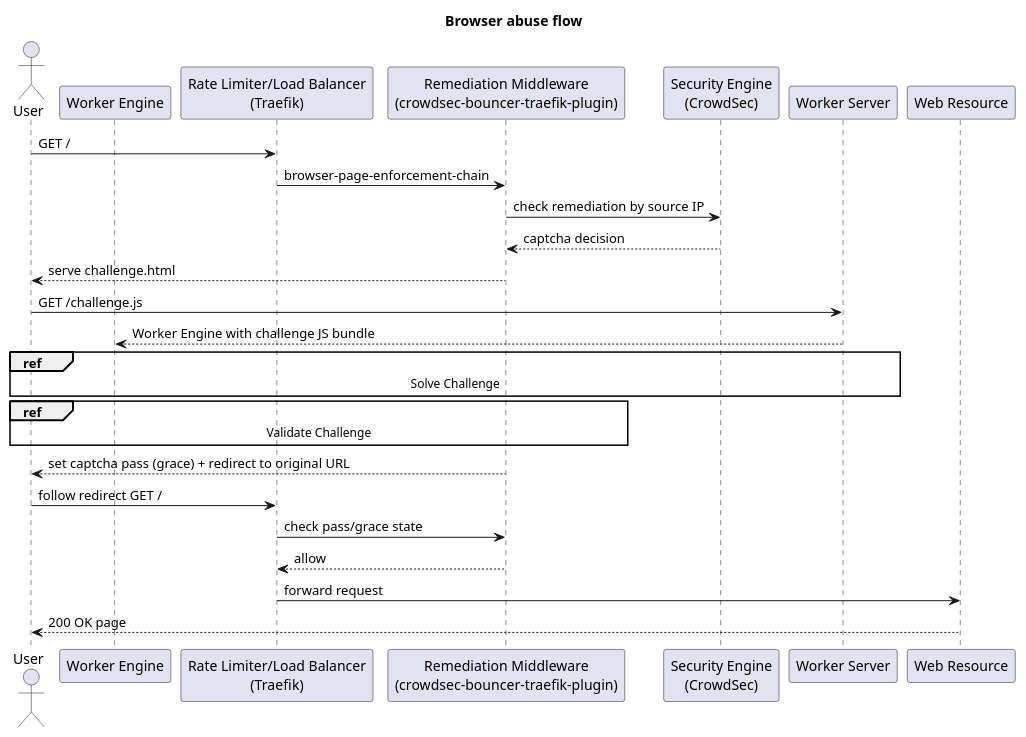
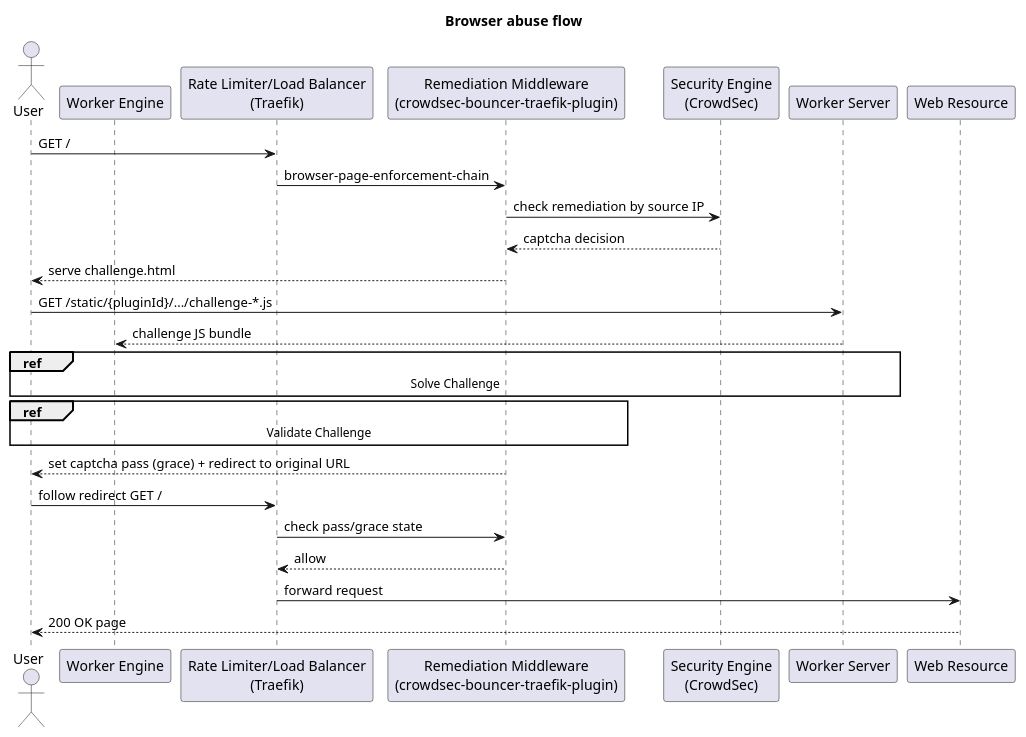
Before and after one commit to bors2908/pouwer: the diagram in docs/charts/challenge-sequence/overview.puml, drawn with PlantUML. The commit also changed 2 other files, not shown here.

```diff
--- a/docs/charts/challenge-sequence/overview.puml
+++ b/docs/charts/challenge-sequence/overview.puml
@@ -1,37 +1,37 @@
 @startuml
 title Browser abuse flow
 
 skinparam shadowing false
 skinparam responseMessageBelowArrow true
 skinparam ReferenceBackgroundColor #111111
 skinparam ReferenceBorderColor #111111
 skinparam ReferenceFontColor #ffffff
 
 actor User
 participant "Worker Engine" as Worker
 participant "Rate Limiter/Load Balancer\n(Traefik)" as RateLimiter
 participant "Remediation Middleware\n(crowdsec-bouncer-traefik-plugin)" as Middleware
 participant "Security Engine\n(CrowdSec)" as SecurityEngine
 participant "Worker Server" as WorkerServer
 participant "Web Resource" as WebResource
 
 User -> RateLimiter: GET /
 RateLimiter -> Middleware: browser-page-enforcement-chain
 Middleware -> SecurityEngine: check remediation by source IP
 SecurityEngine --> Middleware: captcha decision
 Middleware --> User: serve challenge.html
 
-User -> WorkerServer: GET /challenge.js
-WorkerServer --> Worker: Worker Engine with challenge JS bundle
+User -> WorkerServer: GET /static/{pluginId}/.../challenge-*.js
+WorkerServer --> Worker: challenge JS bundle
 
 ref over User, WorkerServer : Solve Challenge
 ref over User, Middleware : Validate Challenge
 
 Middleware --> User: set captcha pass (grace) + redirect to original URL
 User -> RateLimiter: follow redirect GET /
 RateLimiter -> Middleware: check pass/grace state
 Middleware --> RateLimiter: allow
 RateLimiter -> WebResource: forward request
 WebResource --> User: 200 OK page
 
 @enduml
```
